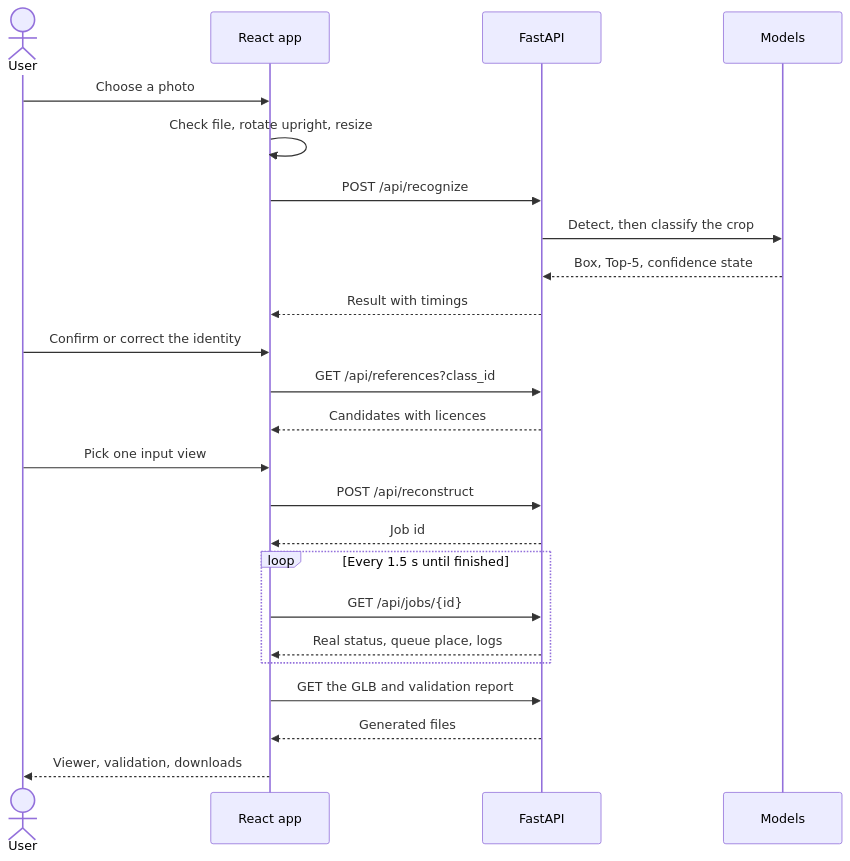
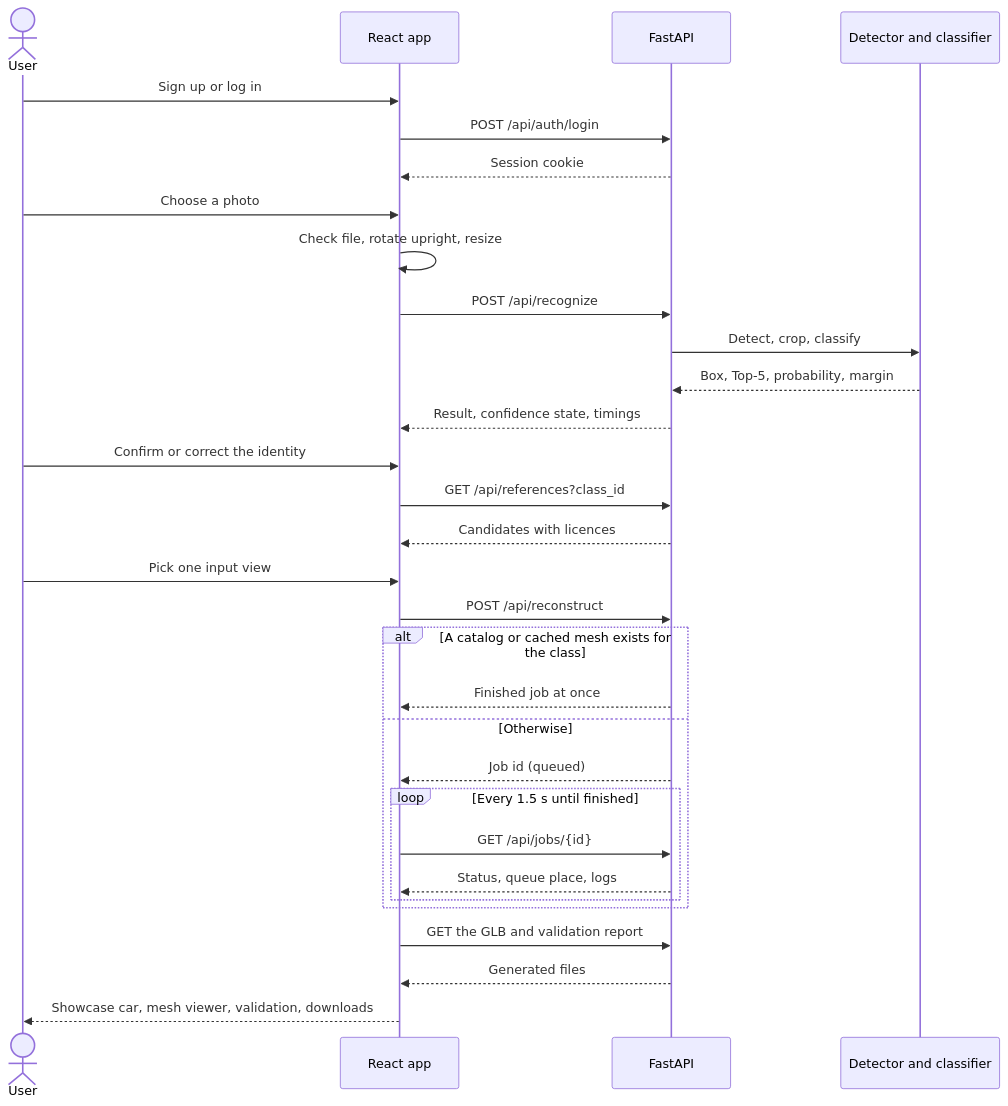
Before and after one commit to sinchanaa23/Apex3D: the second of 2 diagrams in docs/ARCHITECTURE.md, drawn with Mermaid. The commit also changed other lines of this file and 11 other files, not shown here.

Commit message:
Rewrite architecture doc and diagrams; design doc limitations and ethics; delete uploaded photos automatically

````diff
--- a/docs/ARCHITECTURE.md
+++ b/docs/ARCHITECTURE.md
@@ -70,27 +95,34 @@
 ```mermaid
 sequenceDiagram
     actor User
     participant App as React app
     participant API as FastAPI
-    participant GPU as Models
+    participant M as Detector and classifier
 
+    User->>App: Sign up or log in
+    App->>API: POST /api/auth/login
+    API-->>App: Session cookie
     User->>App: Choose a photo
     App->>App: Check file, rotate upright, resize
     App->>API: POST /api/recognize
-    API->>GPU: Detect, then classify the crop
-    GPU-->>API: Box, Top-5, confidence state
-    API-->>App: Result with timings
+    API->>M: Detect, crop, classify
+    M-->>API: Box, Top-5, probability, margin
+    API-->>App: Result, confidence state, timings
     User->>App: Confirm or correct the identity
     App->>API: GET /api/references?class_id
     API-->>App: Candidates with licences
     User->>App: Pick one input view
     App->>API: POST /api/reconstruct
-    API-->>App: Job id
-    loop Every 1.5 s until finished
-        App->>API: GET /api/jobs/{id}
-        API-->>App: Real status, queue place, logs
+    alt A catalog or cached mesh exists for the class
+        API-->>App: Finished job at once
+    else Otherwise
+        API-->>App: Job id (queued)
+        loop Every 1.5 s until finished
+            App->>API: GET /api/jobs/{id}
+            API-->>App: Status, queue place, logs
+        end
     end
     App->>API: GET the GLB and validation report
     API-->>App: Generated files
-    App-->>User: Viewer, validation, downloads
+    App-->>User: Showcase car, mesh viewer, validation, downloads
 ```
````
